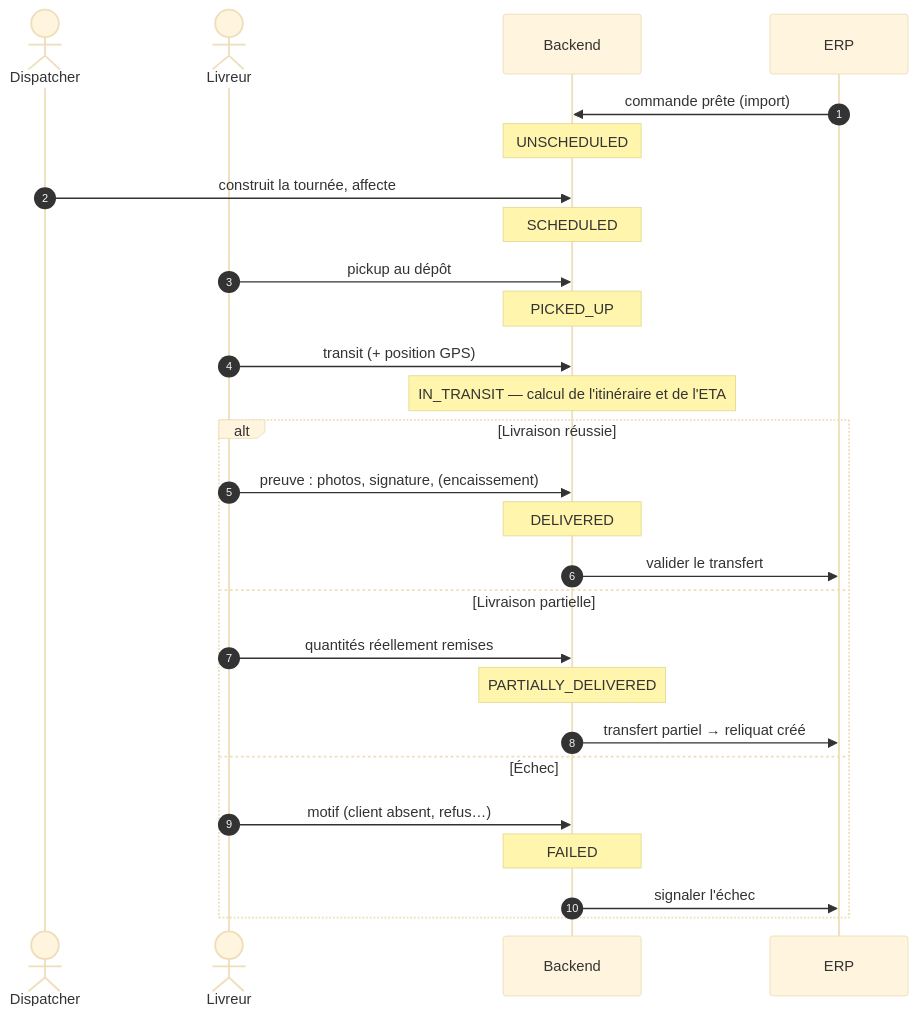
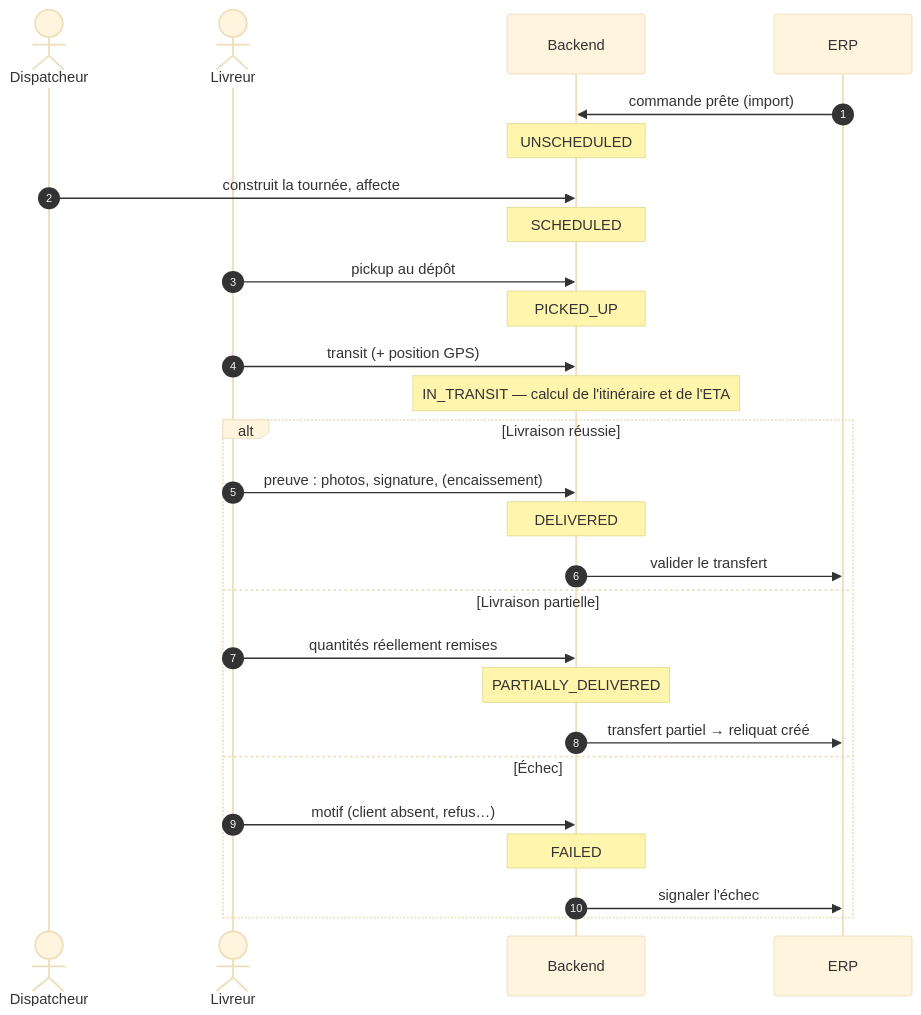
Before and after one commit to Moaziz667/asm-track: the second of 5 diagrams in docs/metier/livraison.md, drawn with Mermaid (base theme). The commit also changed 10 other files, not shown here.

````diff
--- a/docs/metier/livraison.md
+++ b/docs/metier/livraison.md
@@ -61,30 +61,30 @@
 ```mermaid
 sequenceDiagram
     autonumber
-    actor D as Dispatcher
+    actor D as Dispatcheur
     actor L as Livreur
     participant API as Backend
     participant E as ERP
 
     E->>API: commande prête (import)
     Note over API: UNSCHEDULED
     D->>API: construit la tournée, affecte
     Note over API: SCHEDULED
     L->>API: pickup au dépôt
     Note over API: PICKED_UP
     L->>API: transit (+ position GPS)
     Note over API: IN_TRANSIT — calcul de l'itinéraire et de l'ETA
     alt Livraison réussie
         L->>API: preuve : photos, signature, (encaissement)
         Note over API: DELIVERED
         API->>E: valider le transfert
     else Livraison partielle
         L->>API: quantités réellement remises
         Note over API: PARTIALLY_DELIVERED
         API->>E: transfert partiel → reliquat créé
     else Échec
         L->>API: motif (client absent, refus…)
         Note over API: FAILED
         API->>E: signaler l'échec
     end
 ```
````
